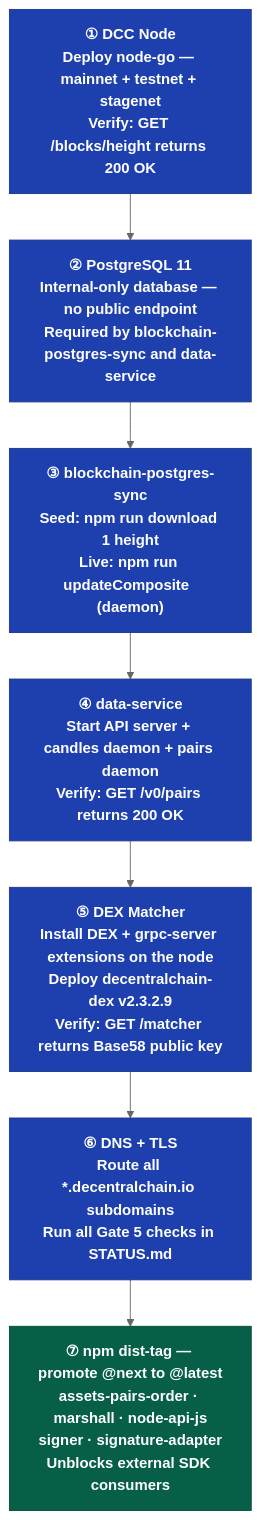
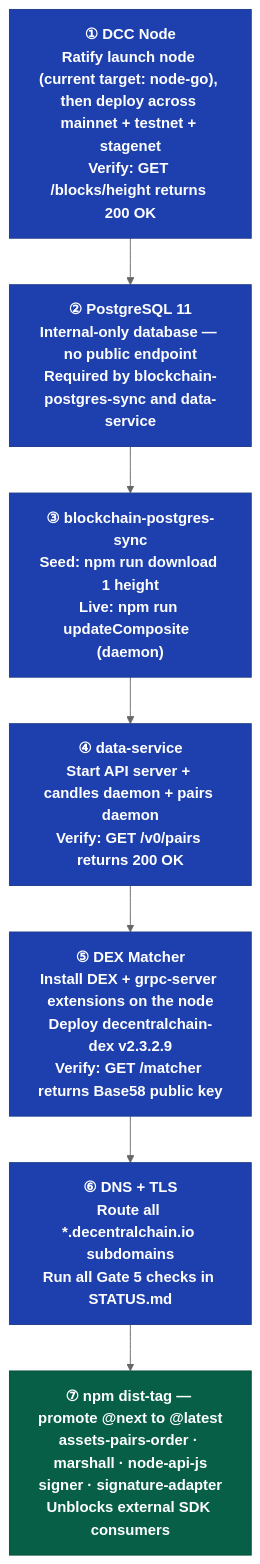
Before and after one commit to Decentral-America/DecentralChain: the ninth of 9 diagrams in docs/ECOSYSTEM.md, drawn with Mermaid (neutral theme). The commit also changed other lines of this file and 63 other files, not shown here.

````diff
--- a/docs/ECOSYSTEM.md
+++ b/docs/ECOSYSTEM.md
@@ -605,23 +605,23 @@
 ```mermaid
 flowchart TD
     classDef step fill:#1E40AF,stroke:#1E3A8A,color:#fff,font-weight:bold
     classDef final fill:#065F46,stroke:#064E3B,color:#fff,font-weight:bold
 
-    S1["① DCC Node<br/>Deploy node-go — mainnet + testnet + stagenet<br/>Verify: GET /blocks/height returns 200 OK"]
+    S1["① DCC Node<br/>Ratify launch node (current target: node-go), then deploy across mainnet + testnet + stagenet<br/>Verify: GET /blocks/height returns 200 OK"]
     S2["② PostgreSQL 11<br/>Internal-only database — no public endpoint<br/>Required by blockchain-postgres-sync and data-service"]
     S3["③ blockchain-postgres-sync<br/>Seed: npm run download 1 height<br/>Live: npm run updateComposite  (daemon)"]
     S4["④ data-service<br/>Start API server + candles daemon + pairs daemon<br/>Verify: GET /v0/pairs returns 200 OK"]
     S5["⑤ DEX Matcher<br/>Install DEX + grpc-server extensions on the node<br/>Deploy decentralchain-dex v2.3.2.9<br/>Verify: GET /matcher returns Base58 public key"]
     S6["⑥ DNS + TLS<br/>Route all *.decentralchain.io subdomains<br/>Run all Gate 5 checks in STATUS.md"]
     S7["⑦ npm dist-tag — promote @next to @latest<br/>assets-pairs-order · marshall · node-api-js<br/>signer · signature-adapter<br/>Unblocks external SDK consumers"]
 
     S1 --> S2
     S2 --> S3
     S3 --> S4
     S4 --> S5
     S5 --> S6
     S6 --> S7
 
     class S1,S2,S3,S4,S5,S6 step
     class S7 final
 ```
````
